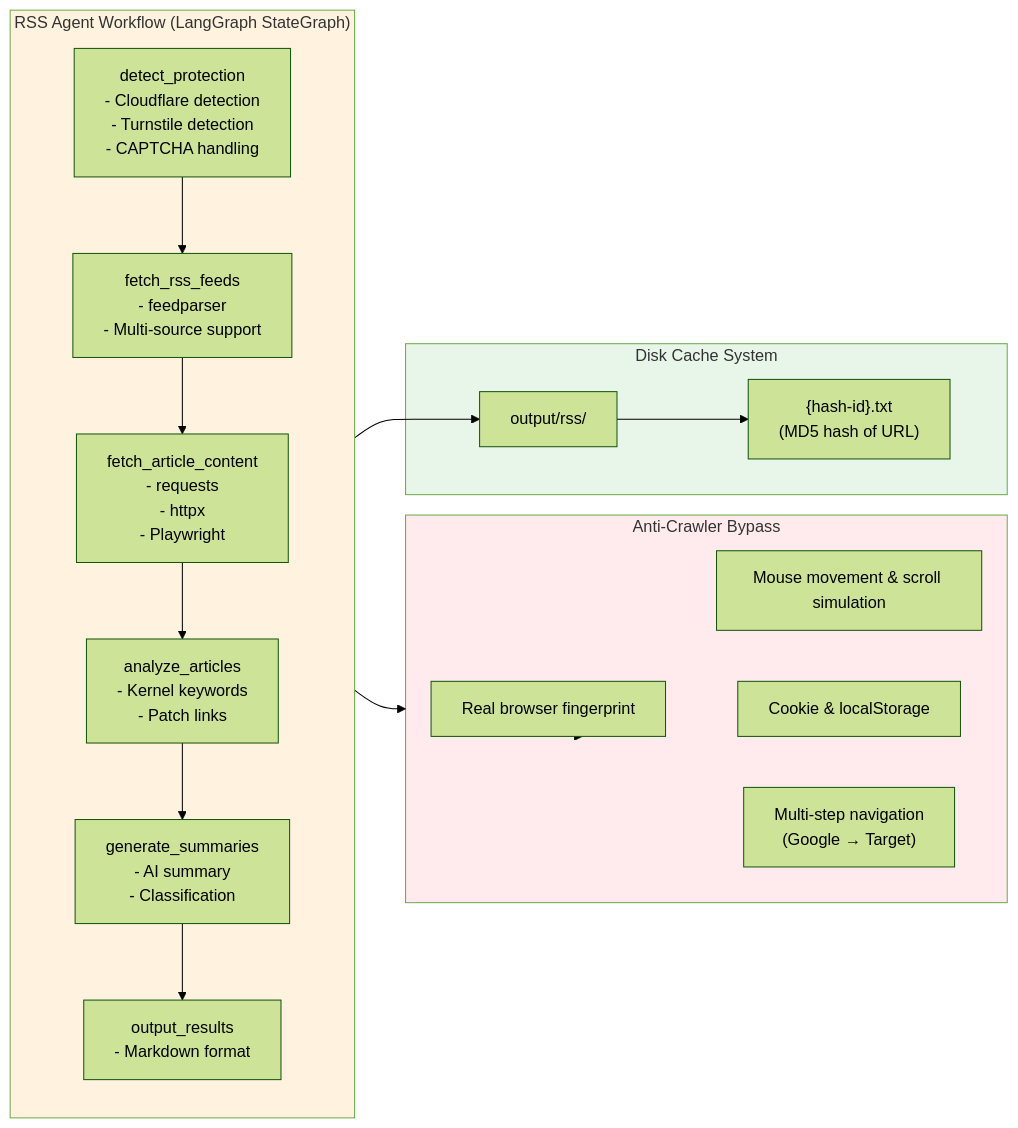
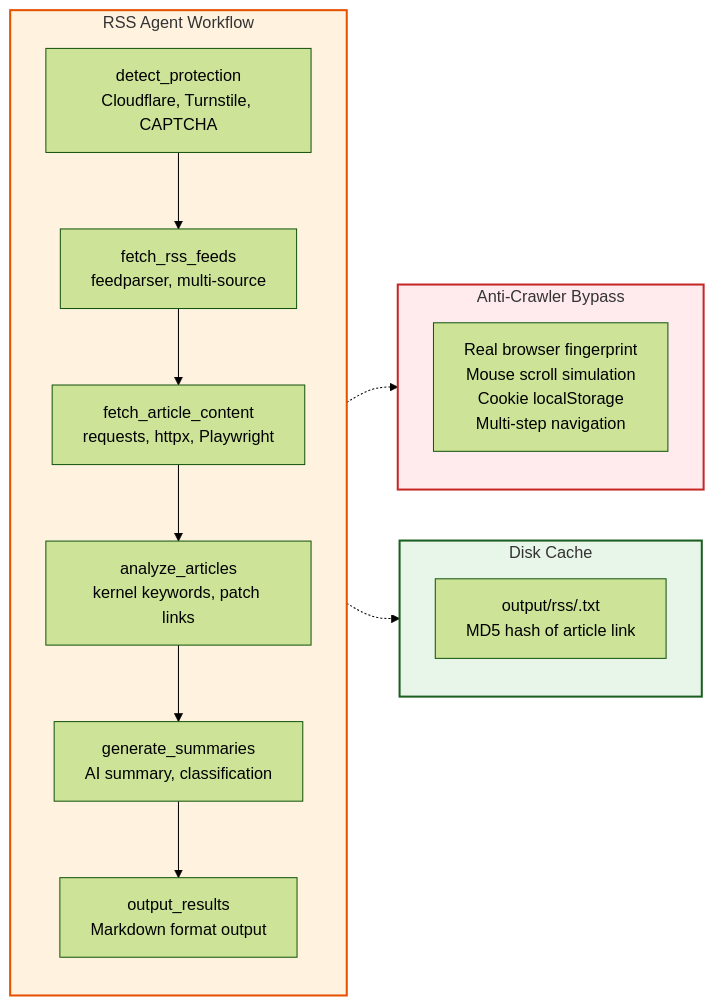
Before and after one commit to gatieme/kde: the diagram in diagrams/rss-agent.mmd, drawn with Mermaid (forest theme). The commit also changed other lines of this file and 66 other files, not shown here.

First line of the commit message:
docs(diagrams): regenerate and update architecture diagrams

````diff
--- a/diagrams/rss-agent.mmd
+++ b/diagrams/rss-agent.mmd
@@ -3,40 +1,26 @@
-```mermaid
 flowchart LR
-    subgraph RSS_Agent["RSS Agent Workflow (LangGraph StateGraph)"]
+    subgraph Workflow["RSS Agent Workflow"]
         direction TB
-
-        DETECT["detect_protection<br/>- Cloudflare detection<br/>- Turnstile detection<br/>- CAPTCHA handling"]
-        FETCH_RSS["fetch_rss_feeds<br/>- feedparser<br/>- Multi-source support"]
-        FETCH_ART["fetch_article_content<br/>- requests<br/>- httpx<br/>- Playwright"]
-        ANALYZE["analyze_articles<br/>- Kernel keywords<br/>- Patch links"]
-        GEN_SUM["generate_summaries<br/>- AI summary<br/>- Classification"]
-        OUTPUT["output_results<br/>- Markdown format"]
+        DETECT["detect_protection<br/>Cloudflare, Turnstile, CAPTCHA"]
+        FETCH["fetch_rss_feeds<br/>feedparser, multi-source"]
+        FETCH_ART["fetch_article_content<br/>requests, httpx, Playwright"]
+        ANALYZE["analyze_articles<br/>kernel keywords, patch links"]
+        GEN_SUM["generate_summaries<br/>AI summary, classification"]
+        OUTPUT["output_results<br/>Markdown format output"]
     end
 
     subgraph AntiCrawler["Anti-Crawler Bypass"]
-        FINGERPRINT["Real browser fingerprint"]
-        MOUSE["Mouse movement & scroll simulation"]
-        COOKIE["Cookie & localStorage"]
-        NAVIGATE["Multi-step navigation<br/>(Google → Target)"]
+        BYPASS["Real browser fingerprint<br/>Mouse scroll simulation<br/>Cookie localStorage<br/>Multi-step navigation"]
     end
 
-    subgraph Cache["Disk Cache System"]
-        CACHE_DIR["output/rss/"]
-        CACHE_FILE["{hash-id}.txt<br/>(MD5 hash of URL)"]
+    subgraph Cache["Disk Cache"]
+        CACHE["output/rss/<hash-id>.txt<br/>MD5 hash of article link"]
     end
 
-    DETECT --> FETCH_RSS --> FETCH_ART --> ANALYZE --> GEN_SUM --> OUTPUT
+    DETECT --> FETCH --> FETCH_ART --> ANALYZE --> GEN_SUM --> OUTPUT
+    FETCH_ART -.-> AntiCrawler
+    OUTPUT -.-> Cache
 
-    FETCH_ART --> AntiCrawler
-    AntiCrawler --> FINGERPRINT
-    AntiCrawler --> MOUSE
-    AntiCrawler --> COOKIE
-    AntiCrawler --> NAVIGATE
-
-    FETCH_ART --> CACHE_DIR
-    CACHE_DIR --> CACHE_FILE
-
-    style RSS_Agent fill:#fff3e0
-    style AntiCrawler fill:#ffebee
-    style Cache fill:#e8f5e9
-```
+    style Workflow fill:#fff3e0,stroke:#e65100,stroke-width:2px
+    style AntiCrawler fill:#ffebee,stroke:#c62828,stroke-width:2px
+    style Cache fill:#e8f5e9,stroke:#1b5e20,stroke-width:2px
````
